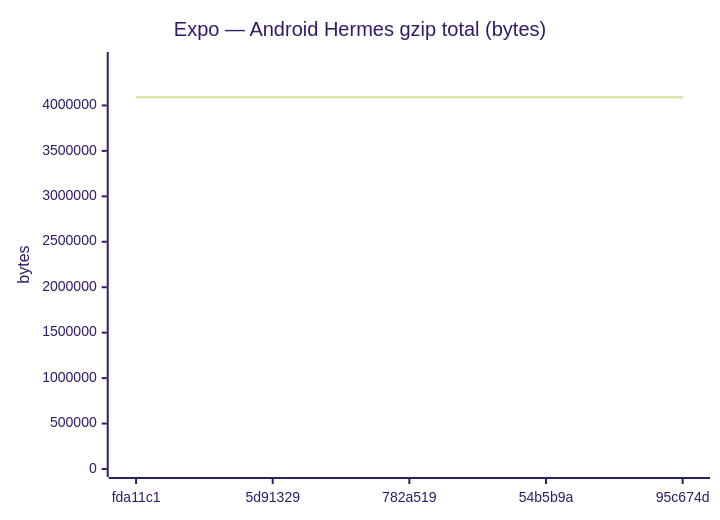
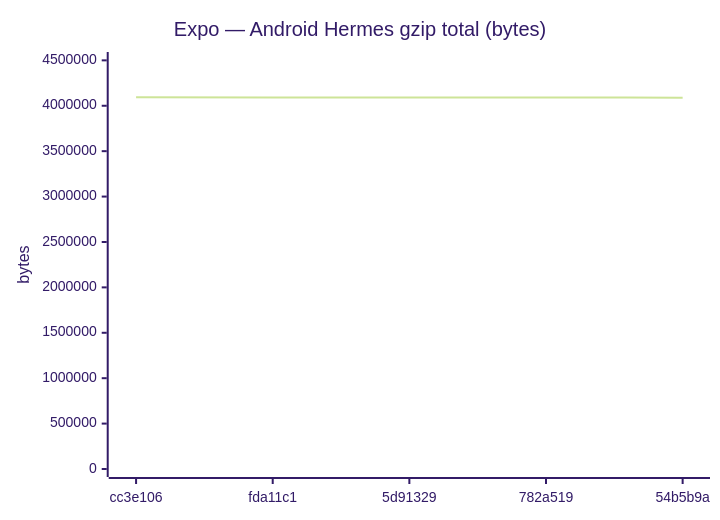
One commit to Metaheurist/Rianell changed diagram 11 of 18 in benchmarks/compare.md. Above: the diagram before and after it, drawn with Mermaid (forest theme). The commit also changed other lines of this file and 11 other files, not shown here.

````diff
--- a/benchmarks/compare.md
+++ b/benchmarks/compare.md
@@ -172,7 +172,7 @@
 ```mermaid
 xychart-beta
     title "Expo — Android Hermes gzip total (bytes)"
-    x-axis ["fda11c1", "5d91329", "782a519", "54b5b9a", "95c674d"]
-    y-axis "bytes" 0 --> 4499868
-    line [4090789, 4090787, 4090360, 4089313, 4088814]
+    x-axis ["cc3e106", "fda11c1", "5d91329", "782a519", "54b5b9a"]
+    y-axis "bytes" 0 --> 4503912
+    line [4094465, 4090789, 4090787, 4090360, 4089313]
 ```
````
